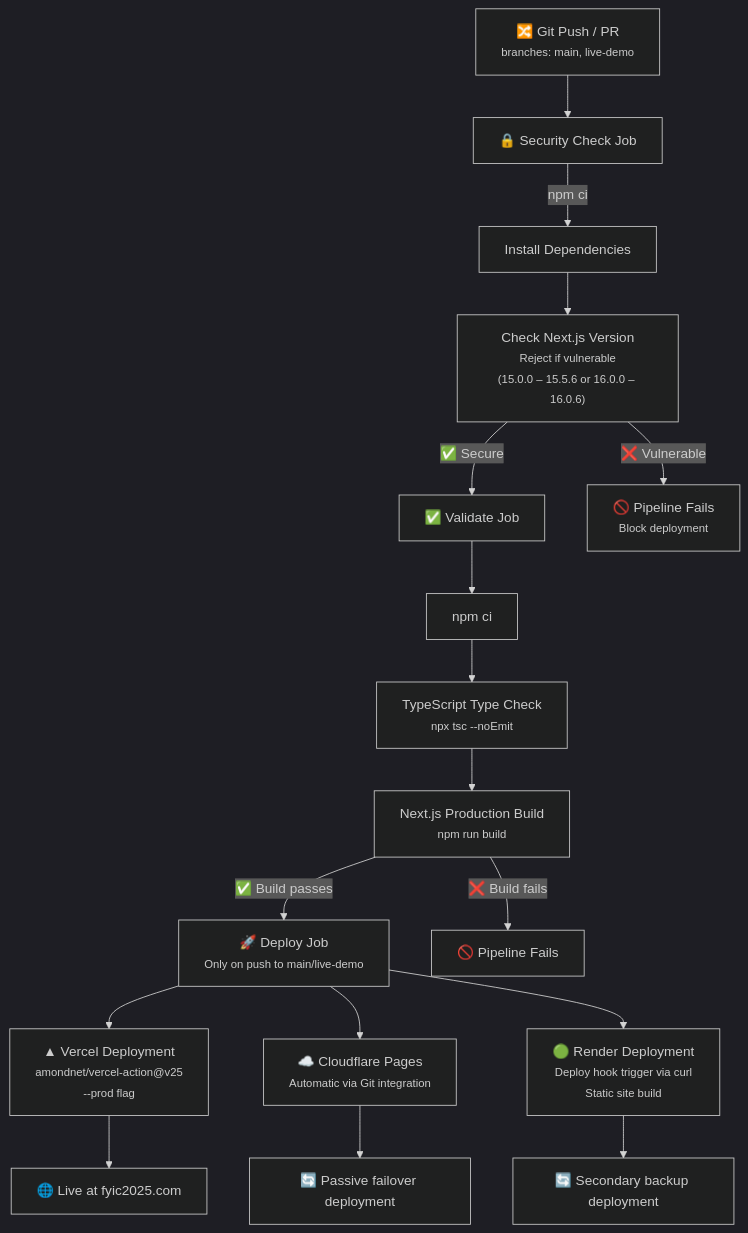
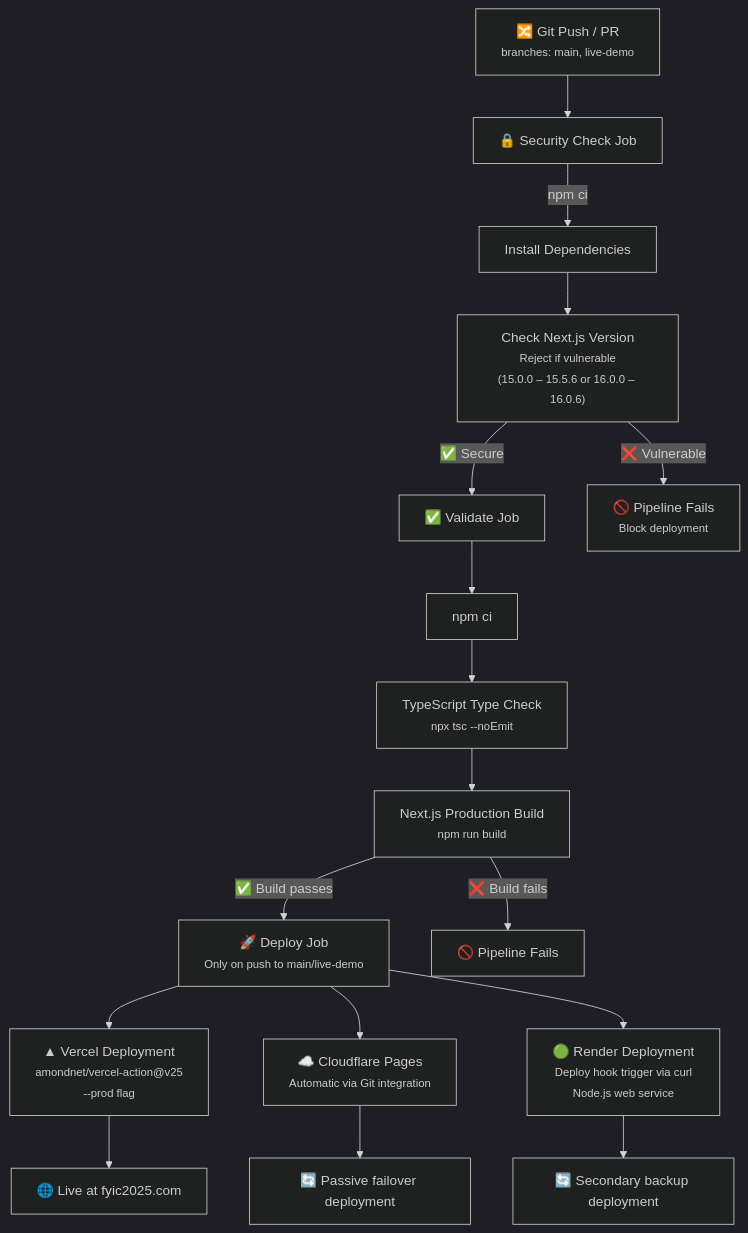
The fifth of 7 diagrams in README.md (johnnietse/2025-fyic), drawn with Mermaid (dark theme) before and after one commit. The commit also changed other lines of this file, not shown here.

Commit message:
docs: correct Render from static site to web service in README

````diff
--- a/README.md
+++ b/README.md
@@ -278,26 +278,26 @@
 ```mermaid
 flowchart TD
     Push["🔀 Git Push / PR<br/><small>branches: main, live-demo</small>"]
 
     Push --> Security["🔒 Security Check Job"]
     Security --> |"npm ci"| InstallSec["Install Dependencies"]
     InstallSec --> CVECheck["Check Next.js Version<br/><small>Reject if vulnerable<br/>(15.0.0 – 15.5.6 or 16.0.0 – 16.0.6)</small>"]
 
     CVECheck --> |"✅ Secure"| Validate["✅ Validate Job"]
     CVECheck --> |"❌ Vulnerable"| Fail["🚫 Pipeline Fails<br/><small>Block deployment</small>"]
 
     Validate --> InstallVal["npm ci"]
     InstallVal --> TypeCheck["TypeScript Type Check<br/><small>npx tsc --noEmit</small>"]
     TypeCheck --> Build["Next.js Production Build<br/><small>npm run build</small>"]
 
     Build --> |"✅ Build passes"| Deploy["🚀 Deploy Job<br/><small>Only on push to main/live-demo</small>"]
     Build --> |"❌ Build fails"| FailBuild["🚫 Pipeline Fails"]
 
     Deploy --> VercelDeploy["▲ Vercel Deployment<br/><small>amondnet/vercel-action@v25</small><br/><small>--prod flag</small>"]
     Deploy --> CFDeploy["☁️ Cloudflare Pages<br/><small>Automatic via Git integration</small>"]
-    Deploy --> RenderDeploy["🟢 Render Deployment<br/><small>Deploy hook trigger via curl</small><br/><small>Static site build</small>"]
+    Deploy --> RenderDeploy["🟢 Render Deployment<br/><small>Deploy hook trigger via curl</small><br/><small>Node.js web service</small>"]
 
     VercelDeploy --> Live["🌐 Live at fyic2025.com"]
     CFDeploy --> Backup["🔄 Passive failover deployment"]
     RenderDeploy --> RenderBackup["🔄 Secondary backup deployment"]
 ```
````
